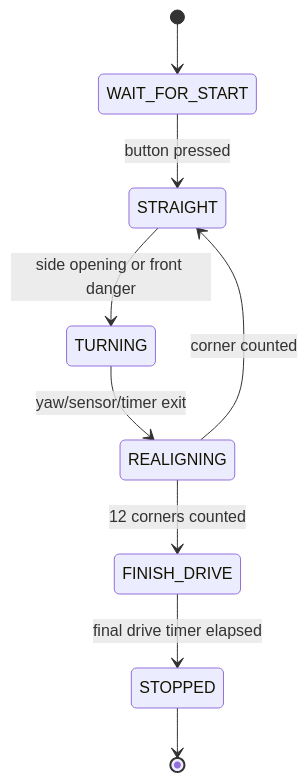
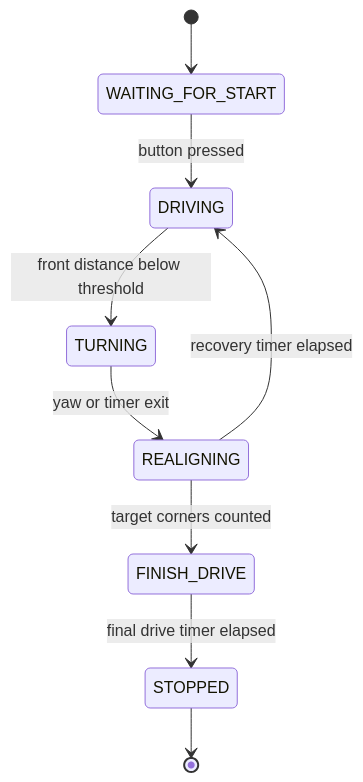
One commit to Yamilgmr/SKRobotics_WRO2026 changed the diagram in docs/05_software_architecture.md. Above: the diagram before and after it, drawn with Mermaid. The commit also changed other lines of this file and 25 other files, not shown here.

````diff
--- a/docs/05_software_architecture.md
+++ b/docs/05_software_architecture.md
@@ -11,11 +11,11 @@
 ```mermaid
 stateDiagram-v2
-    [*] --> WAIT_FOR_START
-    WAIT_FOR_START --> STRAIGHT: button pressed
-    STRAIGHT --> TURNING: side opening or front danger
-    TURNING --> REALIGNING: yaw/sensor/timer exit
-    REALIGNING --> STRAIGHT: corner counted
-    REALIGNING --> FINISH_DRIVE: 12 corners counted
+    [*] --> WAITING_FOR_START
+    WAITING_FOR_START --> DRIVING: button pressed
+    DRIVING --> TURNING: front distance below threshold
+    TURNING --> REALIGNING: yaw or timer exit
+    REALIGNING --> DRIVING: recovery timer elapsed
+    REALIGNING --> FINISH_DRIVE: target corners counted
     FINISH_DRIVE --> STOPPED: final drive timer elapsed
     STOPPED --> [*]
 ```
````
